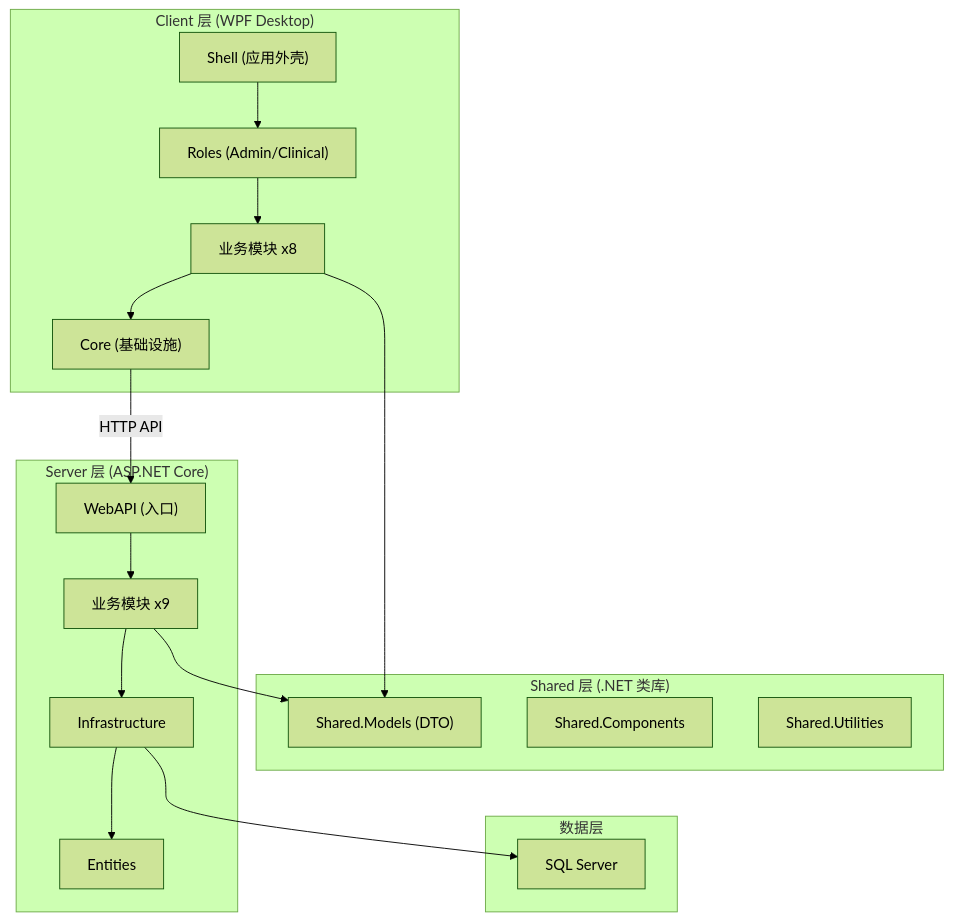
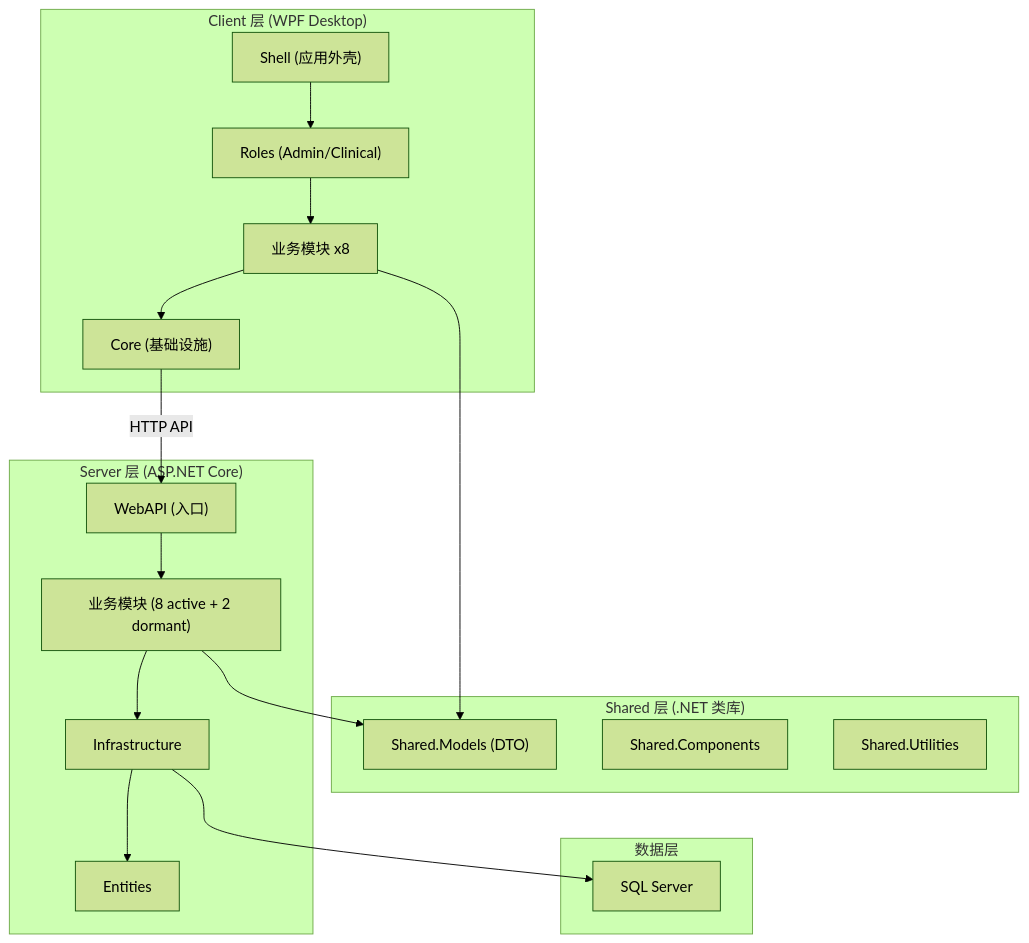
The first of 5 diagrams in docs/03-architecture/01-system-overview.md (shouqitao/LYBTZYZS), drawn with Mermaid (forest theme) before and after one commit. The commit also changed other lines of this file and 7 other files, not shown here.

````diff
--- a/docs/03-architecture/01-system-overview.md
+++ b/docs/03-architecture/01-system-overview.md
@@ -9,33 +9,33 @@
 ```mermaid
 graph TB
     subgraph Client["Client 层 (WPF Desktop)"]
         Shell["Shell (应用外壳)"]
         Roles["Roles (Admin/Clinical)"]
         Modules_C["业务模块 x8"]
         Core_C["Core (基础设施)"]
         Shell --> Roles --> Modules_C --> Core_C
     end
 
     subgraph Shared["Shared 层 (.NET 类库)"]
         Models["Shared.Models (DTO)"]
         Components["Shared.Components"]
         Utilities["Shared.Utilities"]
     end
 
     subgraph Server["Server 层 (ASP.NET Core)"]
         WebAPI["WebAPI (入口)"]
-        Modules_S["业务模块 x9"]
+        Modules_S["业务模块 (8 active + 2 dormant)"]
         Infra["Infrastructure"]
         Entities["Entities"]
         WebAPI --> Modules_S --> Infra --> Entities
     end
 
     subgraph Data["数据层"]
         SQLServer["SQL Server"]
     end
 
     Core_C -->|"HTTP API"| WebAPI
     Modules_C --> Models
     Modules_S --> Models
     Infra --> SQLServer
 ```
````
